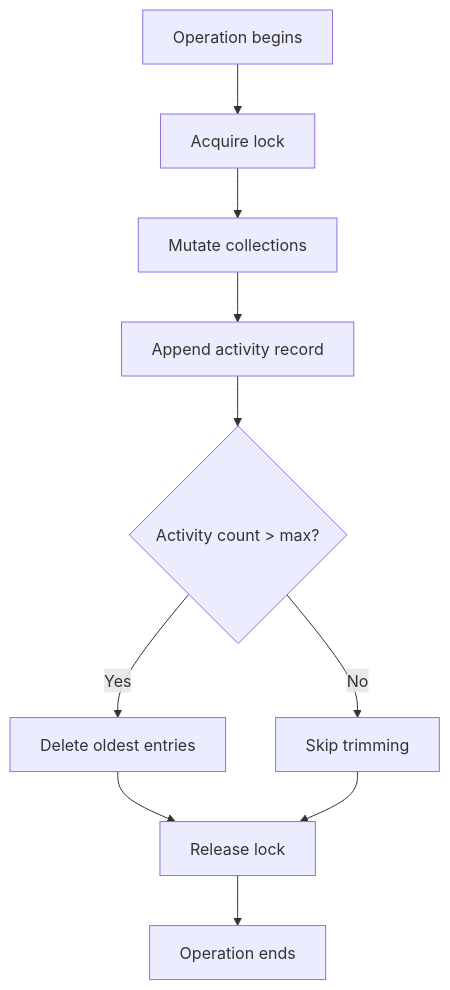
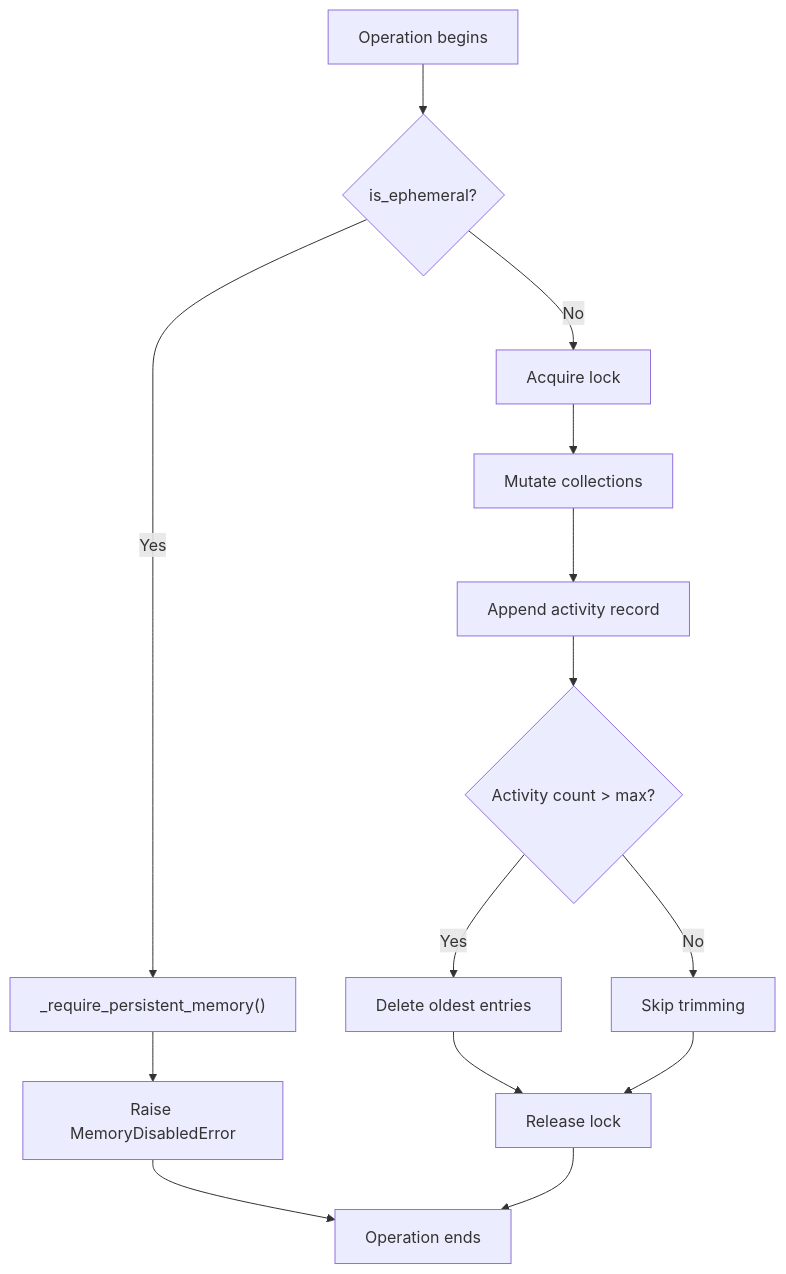
The fifth of 9 diagrams in .qoder/repowiki/en/content/Backend Components/AI Assistant Engine/Memory Integration and Data Persistence.md (Sovetsky-Soyuz/AI-Assistant), drawn with Mermaid before and after one commit. The commit also changed other lines of this file and 15 other files, not shown here.

````diff
--- a/.qoder/repowiki/en/content/Backend Components/AI Assistant Engine/Memory Integration and Data Persistence.md
+++ b/.qoder/repowiki/en/content/Backend Components/AI Assistant Engine/Memory Integration and Data Persistence.md
@@ -234,12 +268,16 @@
 ```mermaid
 flowchart TD
-OpStart["Operation begins"] --> Lock["Acquire lock"]
+OpStart["Operation begins"] --> CheckMode{"is_ephemeral?"}
+CheckMode --> |Yes| ValidateOp["_require_persistent_memory()"]
+CheckMode --> |No| Lock["Acquire lock"]
+ValidateOp --> RaiseError["Raise MemoryDisabledError"]
+RaiseError --> OpEnd["Operation ends"]
 Lock --> Mutate["Mutate collections"]
 Mutate --> Log["Append activity record"]
 Log --> Trim{"Activity count > max?"}
 Trim --> |Yes| DeleteOld["Delete oldest entries"]
 Trim --> |No| SkipTrim["Skip trimming"]
 DeleteOld --> Unlock["Release lock"]
 SkipTrim --> Unlock
 Unlock --> OpEnd["Operation ends"]
 ```
````
